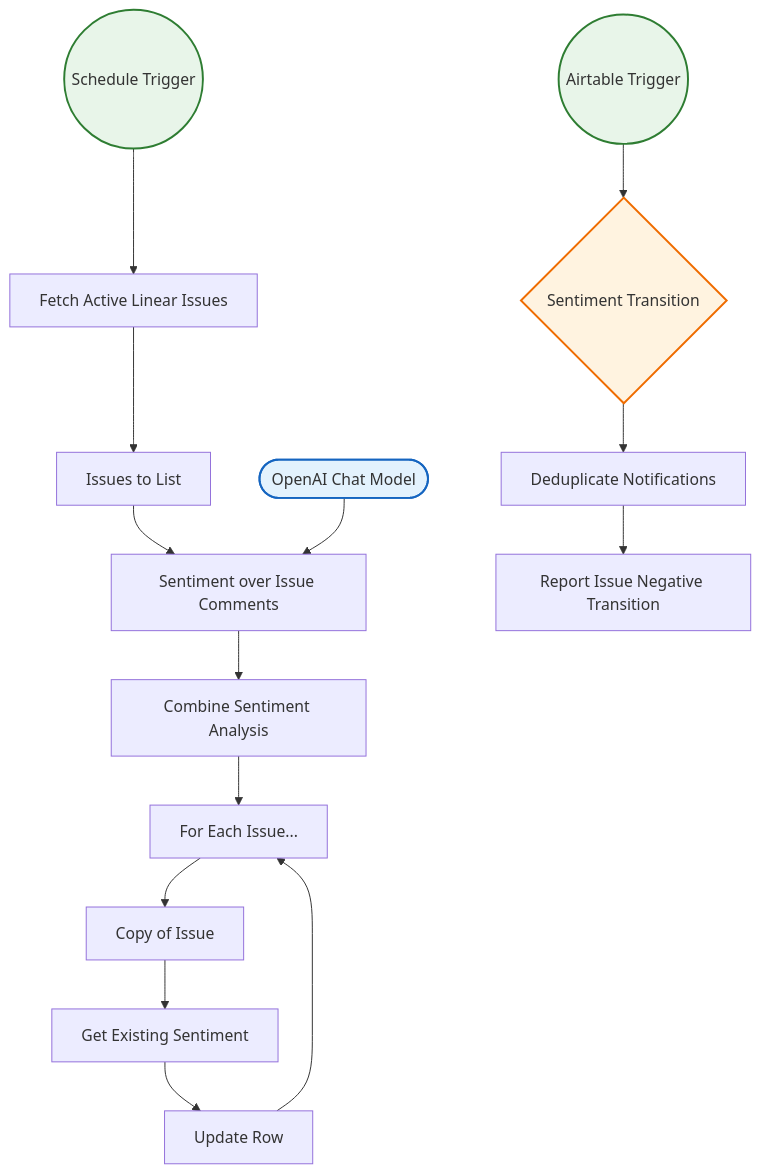
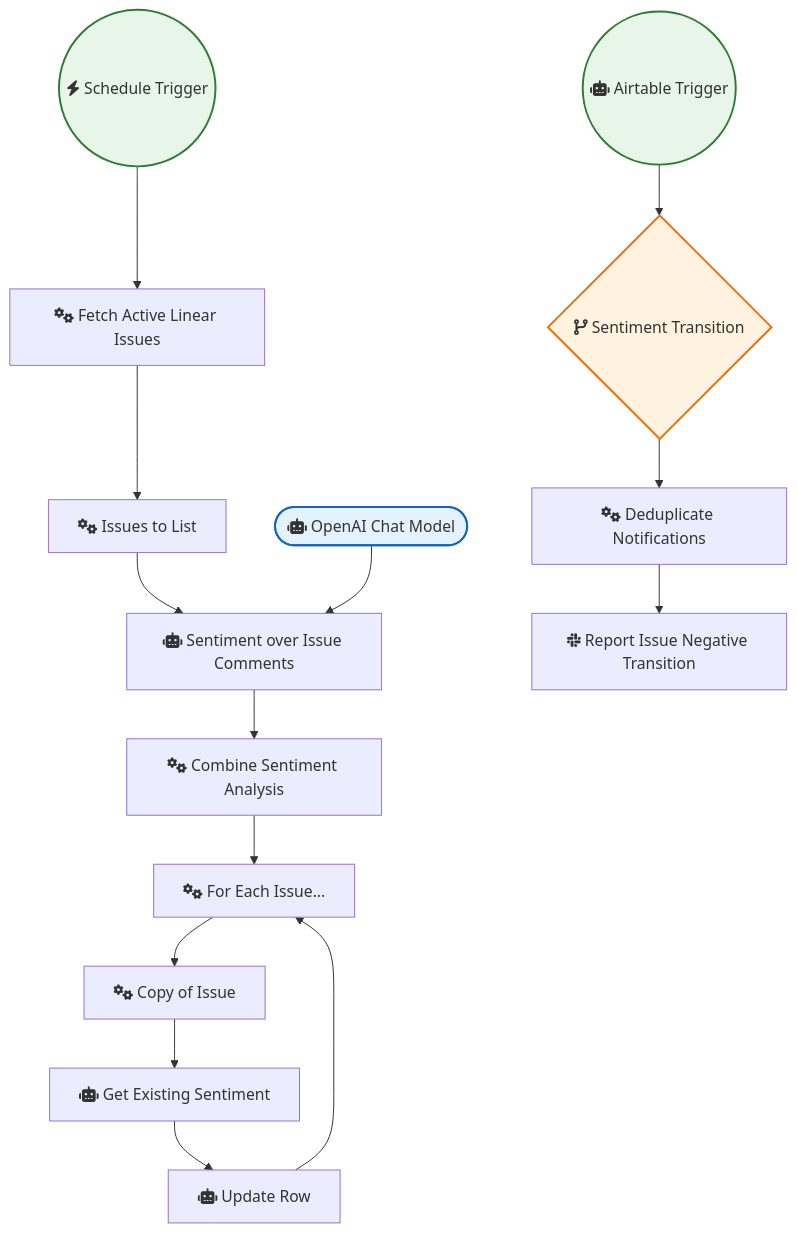
The diagram in Slack/Sentiment Analysis Tracking on Support Issues with Linear and Slack.md (sreyash3105/N8N-DEMO-AUTOMATIONS), drawn with Mermaid before and after one commit. The commit also changed 291 other files, not shown here.

````diff
--- a/Slack/Sentiment Analysis Tracking on Support Issues with Linear and Slack.md
+++ b/Slack/Sentiment Analysis Tracking on Support Issues with Linear and Slack.md
@@ -1,35 +1,35 @@
 ```mermaid
 graph TD
     classDef trigger fill:#e8f5e9,stroke:#2e7d32,stroke-width:2px;
     classDef ai fill:#e3f2fd,stroke:#1565c0,stroke-width:2px;
     classDef logic fill:#fff3e0,stroke:#ef6c00,stroke-width:2px;
 
-    Issues_to_List["Issues to List"]
-    OpenAI_Chat_Model(["OpenAI Chat Model"]):::ai
-    Combine_Sentiment_Analysis["Combine Sentiment Analysis"]
-    Sentiment_over_Issue_Comments["Sentiment over Issue Comments"]
-    Copy_of_Issue["Copy of Issue"]
-    For_Each_Issue___["For Each Issue..."]
-    Get_Existing_Sentiment["Get Existing Sentiment"]
-    Update_Row["Update Row"]
-    Airtable_Trigger(("Airtable Trigger")):::trigger
-    Sentiment_Transition{"Sentiment Transition"}:::logic
-    Fetch_Active_Linear_Issues["Fetch Active Linear Issues"]
-    Schedule_Trigger(("Schedule Trigger")):::trigger
-    Deduplicate_Notifications["Deduplicate Notifications"]
-    Report_Issue_Negative_Transition["Report Issue Negative Transition"]
+    Issues_to_List["fas:fa-cogs Issues to List"]
+    OpenAI_Chat_Model(["fas:fa-robot OpenAI Chat Model"]):::ai
+    Combine_Sentiment_Analysis["fas:fa-cogs Combine Sentiment Analysis"]
+    Sentiment_over_Issue_Comments["fas:fa-robot Sentiment over Issue Comments"]
+    Copy_of_Issue["fas:fa-cogs Copy of Issue"]
+    For_Each_Issue___["fas:fa-cogs For Each Issue..."]
+    Get_Existing_Sentiment["fas:fa-robot Get Existing Sentiment"]
+    Update_Row["fas:fa-robot Update Row"]
+    Airtable_Trigger(("fas:fa-robot Airtable Trigger")):::trigger
+    Sentiment_Transition{"fas:fa-code-branch Sentiment Transition"}:::logic
+    Fetch_Active_Linear_Issues["fas:fa-cogs Fetch Active Linear Issues"]
+    Schedule_Trigger(("fas:fa-bolt Schedule Trigger")):::trigger
+    Deduplicate_Notifications["fas:fa-cogs Deduplicate Notifications"]
+    Report_Issue_Negative_Transition["fab:fa-slack Report Issue Negative Transition"]
 
     Update_Row --> For_Each_Issue___
     Copy_of_Issue --> Get_Existing_Sentiment
     Issues_to_List --> Sentiment_over_Issue_Comments
     Airtable_Trigger --> Sentiment_Transition
     Schedule_Trigger --> Fetch_Active_Linear_Issues
     For_Each_Issue___ --> Copy_of_Issue
     OpenAI_Chat_Model --> Sentiment_over_Issue_Comments
     Sentiment_Transition --> Deduplicate_Notifications
     Get_Existing_Sentiment --> Update_Row
     Deduplicate_Notifications --> Report_Issue_Negative_Transition
     Combine_Sentiment_Analysis --> For_Each_Issue___
     Fetch_Active_Linear_Issues --> Issues_to_List
     Sentiment_over_Issue_Comments --> Combine_Sentiment_Analysis
 ```
````
